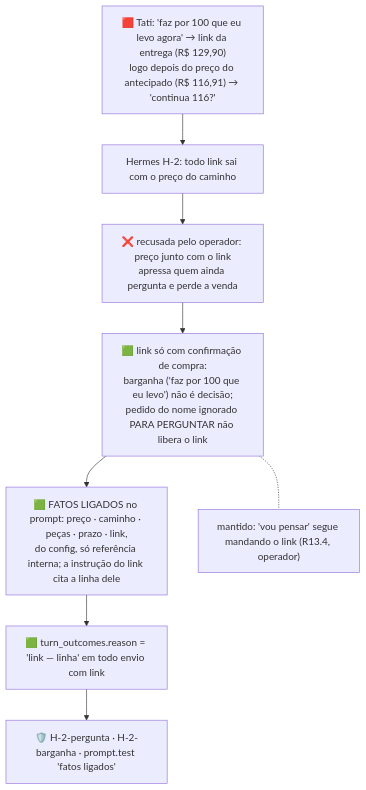
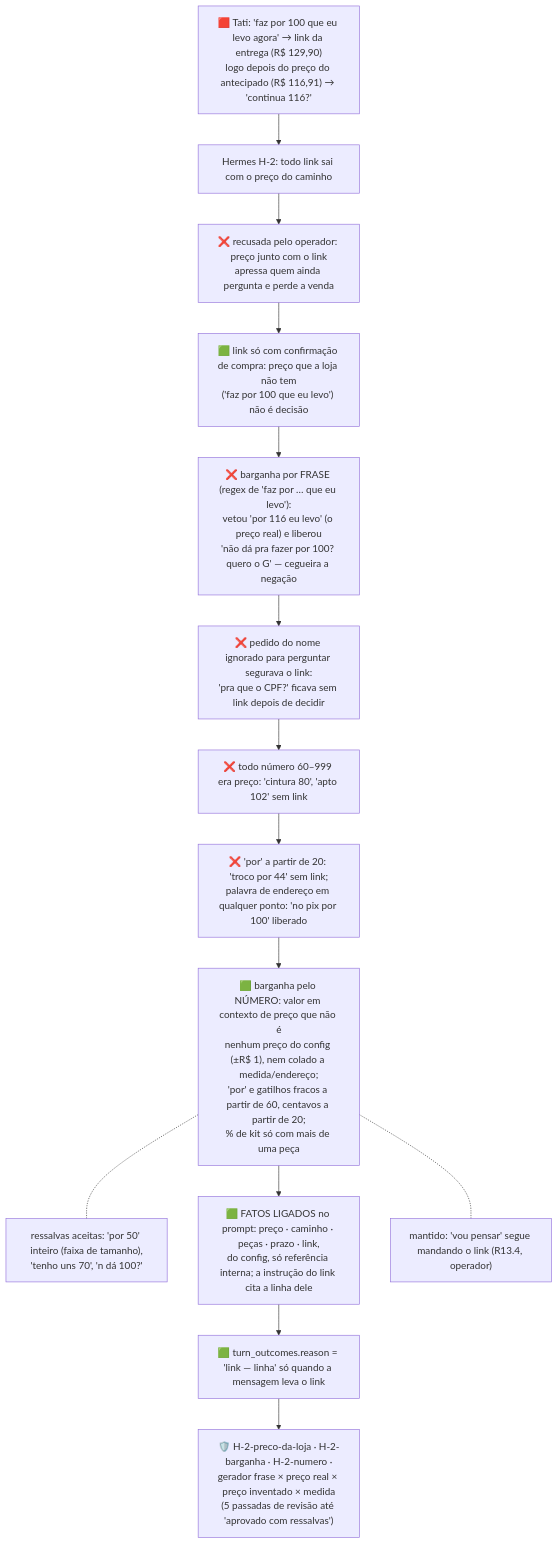
One commit to rodrigovaroto-wq/Ricos-com-AI changed diagram 12 of 12 in docs/documentacao/decisoes/04-grafo-de-decisoes.md. Above: the diagram before and after it, drawn with Mermaid. The commit also changed 3 other files, not shown here.

First line of the commit message:
fix(turn): H-2 fifth review residual — "no pix dá 100?" is a bargain; graph §12 with every failed path

````diff
--- a/docs/documentacao/decisoes/04-grafo-de-decisoes.md
+++ b/docs/documentacao/decisoes/04-grafo-de-decisoes.md
@@ -185,13 +185,20 @@
 ```mermaid
 flowchart TD
   S["🟥 Tati: 'faz por 100 que eu levo agora' → link da entrega (R$ 129,90)<br/>logo depois do preço do antecipado (R$ 116,91) → 'continua 116?'"]
   H["Hermes H-2: todo link sai com o preço do caminho"]
   X["❌ recusada pelo operador: preço junto com o link<br/>apressa quem ainda pergunta e perde a venda"]
-  C1["🟩 link só com confirmação de compra:<br/>barganha ('faz por 100 que eu levo') não é decisão;<br/>pedido do nome ignorado PARA PERGUNTAR não libera o link"]
+  C0["🟩 link só com confirmação de compra: preço que a loja não tem<br/>('faz por 100 que eu levo') não é decisão"]
+  F1["❌ barganha por FRASE (regex de 'faz por … que eu levo'):<br/>vetou 'por 116 eu levo' (o preço real) e liberou<br/>'não dá pra fazer por 100? quero o G' — cegueira a negação"]
+  F2["❌ pedido do nome ignorado para perguntar segurava o link:<br/>'pra que o CPF?' ficava sem link depois de decidir"]
+  F3["❌ todo número 60–999 era preço: 'cintura 80', 'apto 102' sem link"]
+  F4["❌ 'por' a partir de 20: 'troco por 44' sem link;<br/>palavra de endereço em qualquer ponto: 'no pix por 100' liberado"]
+  C1["🟩 barganha pelo NÚMERO: valor em contexto de preço que não é<br/>nenhum preço do config (±R$ 1), nem colado a medida/endereço;<br/>'por' e gatilhos fracos a partir de 60, centavos a partir de 20;<br/>% de kit só com mais de uma peça"]
+  R1["ressalvas aceitas: 'por 50' inteiro (faixa de tamanho),<br/>'tenho uns 70', 'n dá 100?'"]
   C2["🟩 FATOS LIGADOS no prompt: preço · caminho · peças · prazo · link,<br/>do config, só referência interna; a instrução do link cita a linha dele"]
-  C3["🟩 turn_outcomes.reason = 'link — linha' em todo envio com link"]
+  C3["🟩 turn_outcomes.reason = 'link — linha' só quando a mensagem leva o link"]
   K["mantido: 'vou pensar' segue mandando o link (R13.4, operador)"]
-  G["🛡️ H-2-pergunta · H-2-barganha · prompt.test 'fatos ligados'"]
-  S --> H --> X --> C1 --> C2 --> C3 --> G
+  G["🛡️ H-2-preco-da-loja · H-2-barganha · H-2-numero ·<br/>gerador frase × preço real × preço inventado × medida<br/>(5 passadas de revisão até 'aprovado com ressalvas')"]
+  S --> H --> X --> C0 --> F1 --> F2 --> F3 --> F4 --> C1 --> C2 --> C3 --> G
   C1 -.- K
+  C1 -.- R1
 ```
````
